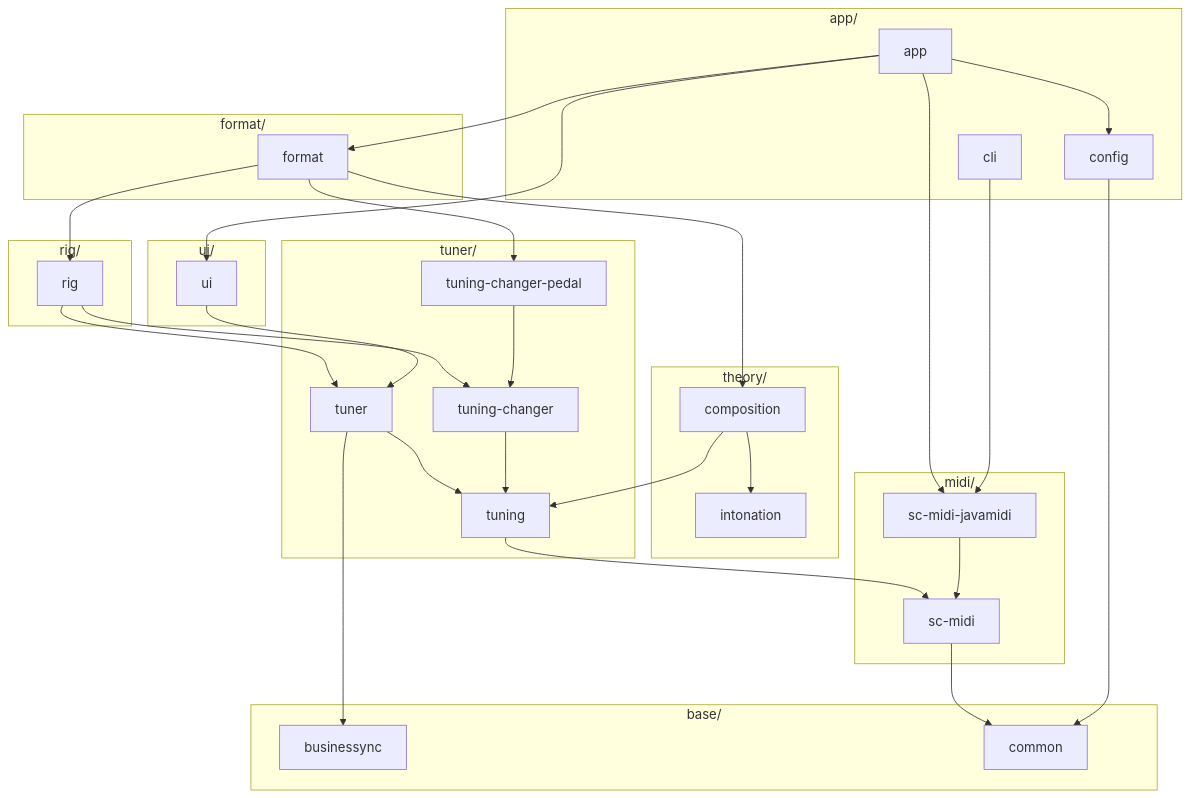
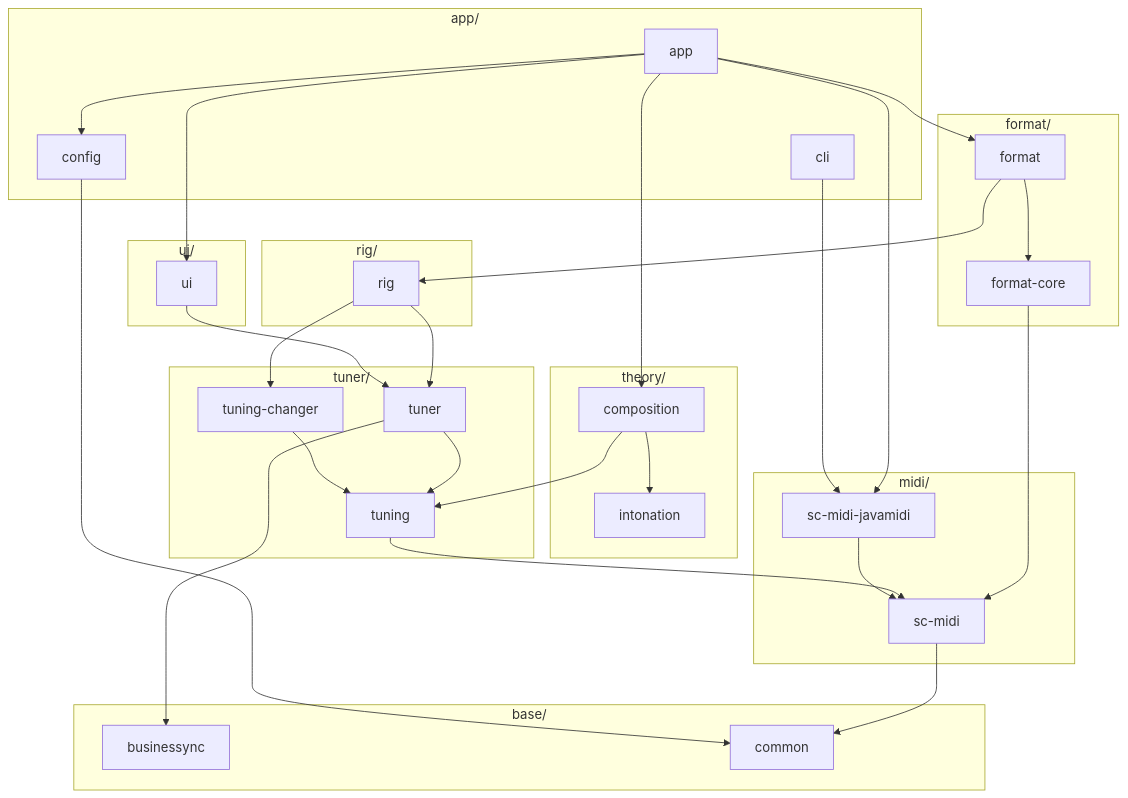
The diagram in docs/architecture/module-overview.md (calinburloiu/microtonalist), drawn with Mermaid before and after one commit. The commit also changed other lines of this file and 283 other files, not shown here.

````diff
--- a/docs/architecture/module-overview.md
+++ b/docs/architecture/module-overview.md
@@ -45,48 +50,48 @@
 ```mermaid
 flowchart TD
   subgraph appGroup ["app/"]
     app
     config
     cli
   end
   subgraph uiGroup ["ui/"]
     ui
   end
   subgraph formatGroup ["format/"]
     format
+    formatCore["format-core"]
   end
   subgraph rigGroup ["rig/"]
     rig
   end
   subgraph theoryGroup ["theory/"]
     composition
     intonation
   end
   subgraph tunerGroup ["tuner/"]
     tuner
     tuningChanger["tuning-changer"]
-    tuningChangerPedal["tuning-changer-pedal"]
     tuning
   end
   subgraph midiGroup ["midi/"]
     scMidiJavamidi["sc-midi-javamidi"]
     scMidi["sc-midi"]
   end
   subgraph baseGroup ["base/"]
     businessync
     common
   end
-  app --> config & ui & format & scMidiJavamidi
-  format --> composition & rig & tuningChangerPedal
+  app --> config & ui & format & composition & scMidiJavamidi
+  format --> formatCore & rig
+  formatCore --> scMidi
   composition --> intonation & tuning
   rig --> tuner & tuningChanger
   ui --> tuner
-  tuningChangerPedal --> tuningChanger
   tuner --> tuning & businessync
   tuningChanger --> tuning
   tuning --> scMidi
   cli --> scMidiJavamidi
   scMidiJavamidi --> scMidi
   scMidi --> common
   config --> common
 ```
````
